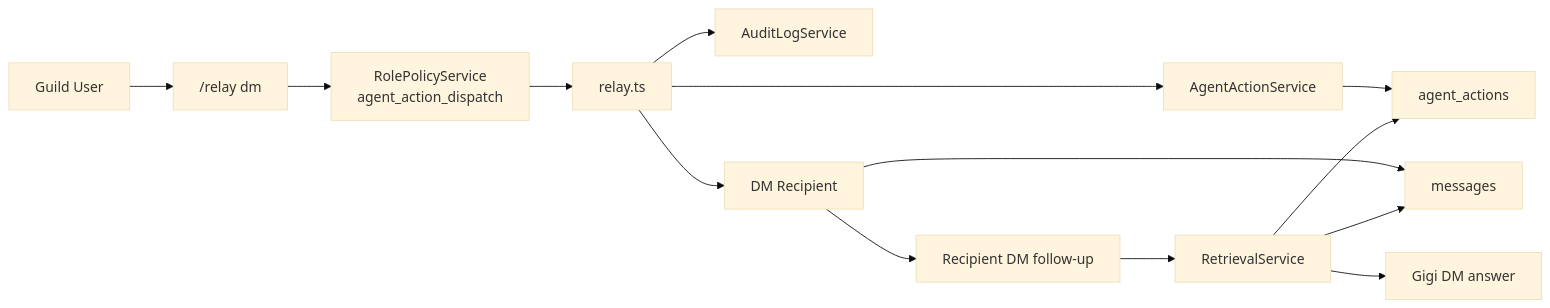
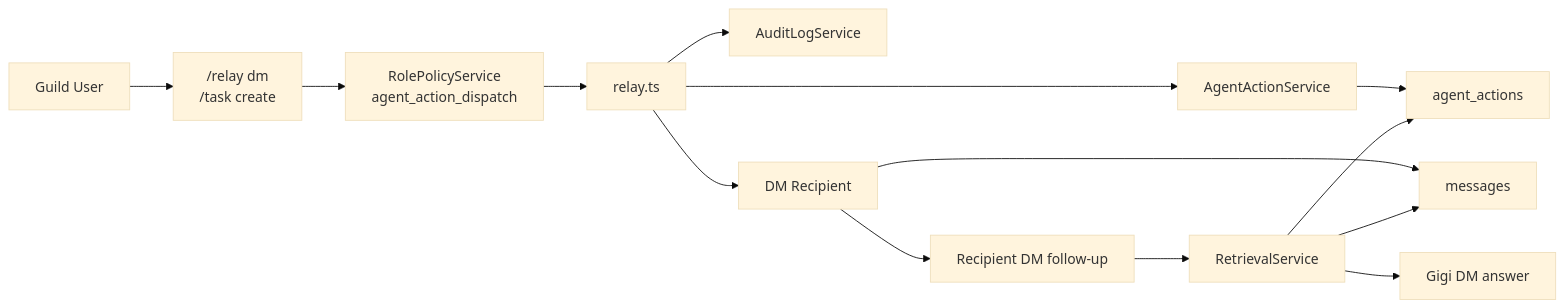
One commit to gOps132/GigiDC changed the diagram in docs/diagrams/shared-identity-flow.md. Above: the diagram before and after it, drawn with Mermaid (base theme). The commit also changed other lines of this file and 18 other files, not shown here.

````diff
--- a/docs/diagrams/shared-identity-flow.md
+++ b/docs/diagrams/shared-identity-flow.md
@@ -5,29 +5,29 @@
 ```mermaid
 flowchart LR
   Requester["Guild User"]
-  Command["/relay dm"]
+  Command["/relay dm<br/>/task create"]
   Policy["RolePolicyService<br/>agent_action_dispatch"]
   Relay["relay.ts"]
   Actions["AgentActionService"]
   ActionTable["agent_actions"]
   Audit["AuditLogService"]
   Recipient["DM Recipient"]
   DMHistory["messages"]
   DmQuestion["Recipient DM follow-up"]
   Retrieval["RetrievalService"]
   Response["Gigi DM answer"]
 
   Requester --> Command
   Command --> Policy
   Policy --> Relay
   Relay --> Actions
   Actions --> ActionTable
   Relay --> Audit
   Relay --> Recipient
   Recipient --> DMHistory
   Recipient --> DmQuestion
   DmQuestion --> Retrieval
   Retrieval --> ActionTable
   Retrieval --> DMHistory
   Retrieval --> Response
 ```
````
